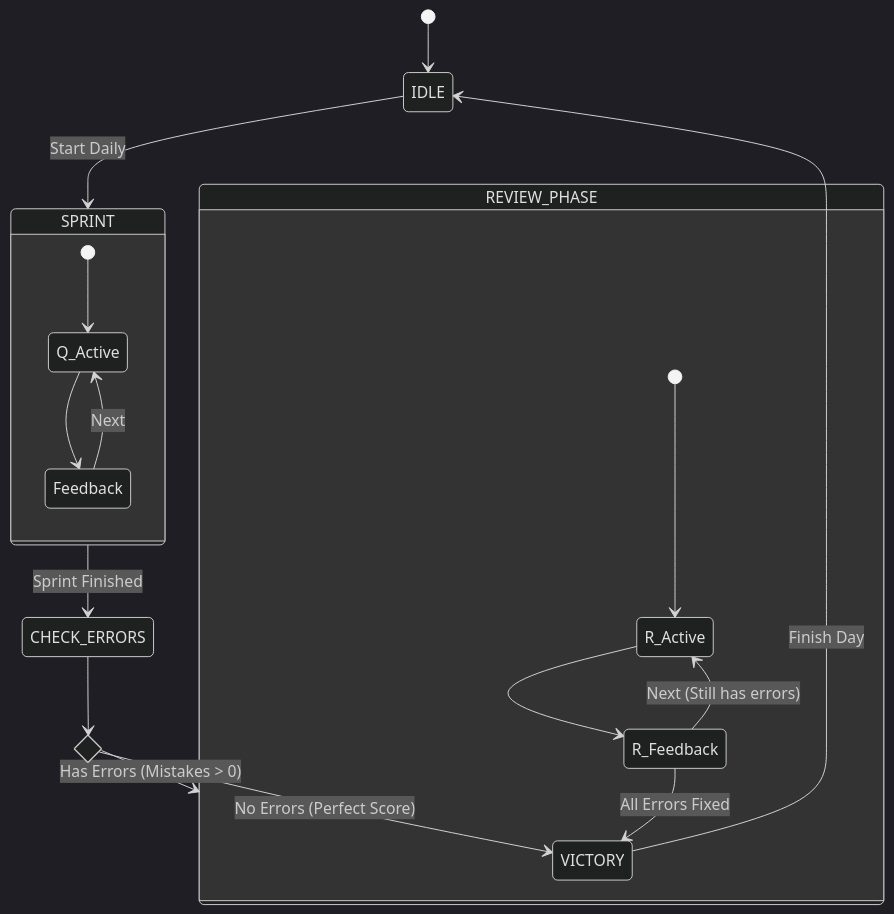
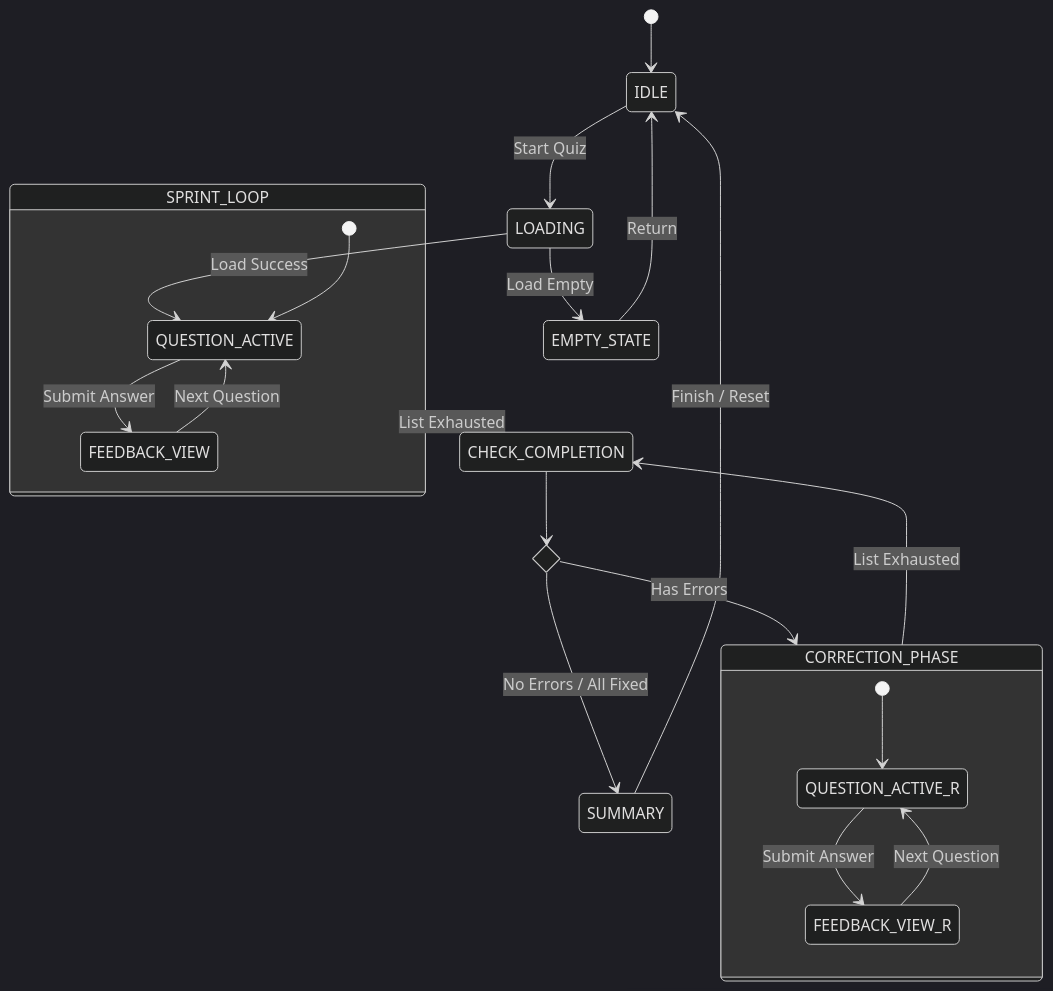
The first of 2 diagrams in doc/diagrams.md (m1981/forklift-quiz), drawn with Mermaid (dark theme) before and after one commit. The commit also changed other lines of this file and 1 other file, not shown here.

Commit message:
docs: add architecture overview and patterns

````diff
--- a/doc/diagrams.md
+++ b/doc/diagrams.md
@@ -2,28 +2,32 @@
 ```mermaid
 stateDiagram-v2
     [*] --> IDLE
-    IDLE --> SPRINT : Start Daily
-    
-    state SPRINT {
-        [*] --> Q_Active
-        Q_Active --> Feedback
-        Feedback --> Q_Active : Next
+    IDLE --> LOADING : Start Quiz
+    LOADING --> QUESTION_ACTIVE : Load Success
+    LOADING --> EMPTY_STATE : Load Empty
+
+    state SPRINT_LOOP {
+        [*] --> QUESTION_ACTIVE
+        QUESTION_ACTIVE --> FEEDBACK_VIEW : Submit Answer
+        FEEDBACK_VIEW --> QUESTION_ACTIVE : Next Question
     }
 
-    SPRINT --> CHECK_ERRORS : Sprint Finished
+    SPRINT_LOOP --> CHECK_COMPLETION : List Exhausted
 
     state c1 <<choice>>
-    CHECK_ERRORS --> c1
+    CHECK_COMPLETION --> c1
     
-    c1 --> REVIEW_PHASE : Has Errors (Mistakes > 0)
-    c1 --> VICTORY : No Errors (Perfect Score)
+    c1 --> CORRECTION_PHASE : Has Errors
+    c1 --> SUMMARY : No Errors / All Fixed
 
-    state REVIEW_PHASE {
-        [*] --> R_Active
-        R_Active --> R_Feedback
-        R_Feedback --> R_Active : Next (Still has errors)
-        R_Feedback --> VICTORY : All Errors Fixed
+    state CORRECTION_PHASE {
+        [*] --> QUESTION_ACTIVE_R
+        QUESTION_ACTIVE_R --> FEEDBACK_VIEW_R : Submit Answer
+        FEEDBACK_VIEW_R --> QUESTION_ACTIVE_R : Next Question
     }
+    
+    CORRECTION_PHASE --> CHECK_COMPLETION : List Exhausted
 
-    VICTORY --> IDLE : Finish Day
+    SUMMARY --> IDLE : Finish / Reset
+    EMPTY_STATE --> IDLE : Return
 ```
````
